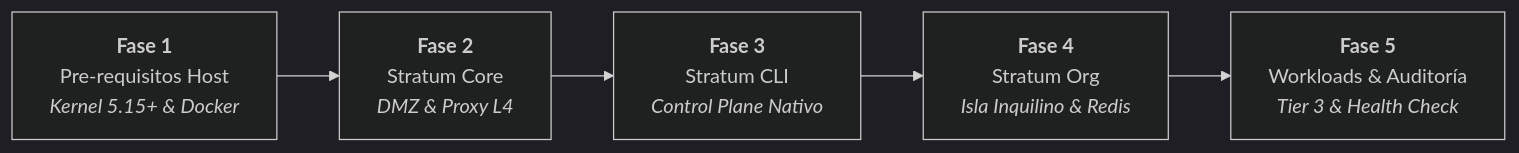
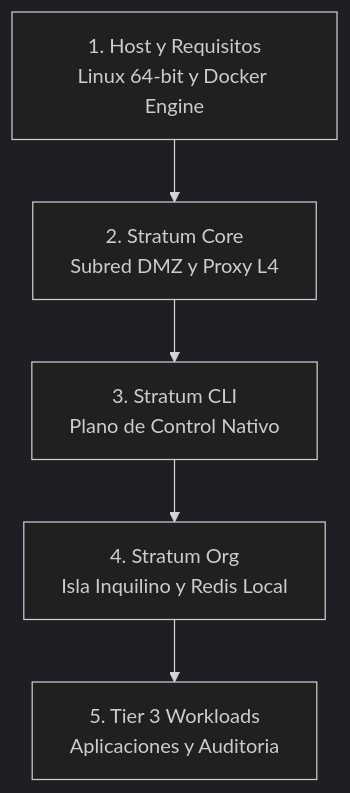
Before and after one commit to isora-cloud-group/stratum-hub: the diagram in GETTING_STARTED.md, drawn with Mermaid (dark theme). The commit also changed other lines of this file and 2 other files, not shown here.

Commit message:
docs: optimize diagrams with vertical orientation, concise labels, and decoupled link lists

````diff
--- a/GETTING_STARTED.md
+++ b/GETTING_STARTED.md
@@ -5,7 +5,7 @@
 ```mermaid
-flowchart LR
-    F1["<b>Fase 1</b><br/>Pre-requisitos Host<br/><i>Kernel 5.15+ & Docker</i>"] --> F2["<b>Fase 2</b><br/>Stratum Core<br/><i>DMZ & Proxy L4</i>"]
-    F2 --> F3["<b>Fase 3</b><br/>Stratum CLI<br/><i>Control Plane Nativo</i>"]
-    F3 --> F4["<b>Fase 4</b><br/>Stratum Org<br/><i>Isla Inquilino & Redis</i>"]
-    F4 --> F5["<b>Fase 5</b><br/>Workloads & Auditoría<br/><i>Tier 3 & Health Check</i>"]
+flowchart TD
+    F1["1. Host y Requisitos<br/>Linux 64-bit y Docker Engine"] --> F2["2. Stratum Core<br/>Subred DMZ y Proxy L4"]
+    F2 --> F3["3. Stratum CLI<br/>Plano de Control Nativo"]
+    F3 --> F4["4. Stratum Org<br/>Isla Inquilino y Redis Local"]
+    F4 --> F5["5. Tier 3 Workloads<br/>Aplicaciones y Auditoria"]
 ```
````
